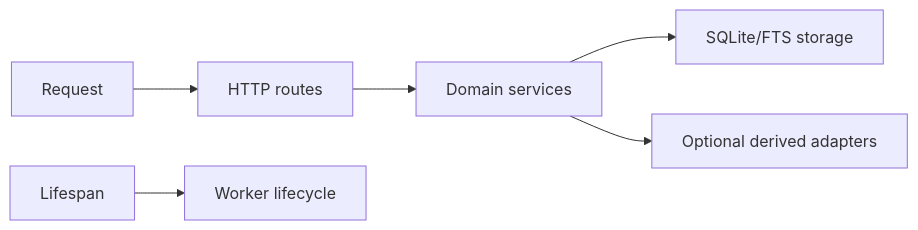
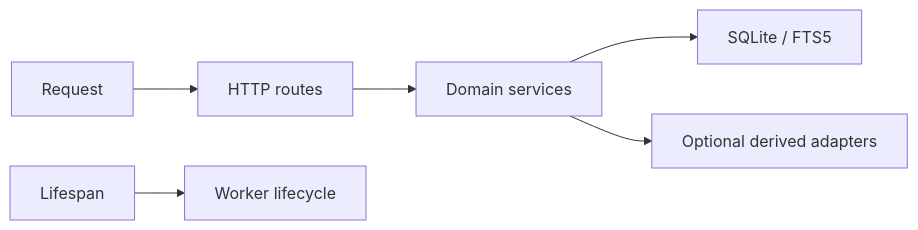
The diagram in docs/plan/implementation/10-m1-local-dashboard/10-application-foundation/plan.md (ryantr-statinops/InfoBoard), drawn with Mermaid before and after one commit. The commit also changed other lines of this file and 19 other files, not shown here.

````diff
--- a/docs/plan/implementation/10-m1-local-dashboard/10-application-foundation/plan.md
+++ b/docs/plan/implementation/10-m1-local-dashboard/10-application-foundation/plan.md
@@ -23,8 +19,8 @@
 ```mermaid
 flowchart LR
     Request --> Routes[HTTP routes]
     Routes --> Services[Domain services]
-    Services --> Storage[SQLite/FTS storage]
+    Services --> Storage[SQLite / FTS5]
     Services --> Derived[Optional derived adapters]
     Lifespan --> Worker[Worker lifecycle]
 ```
````
